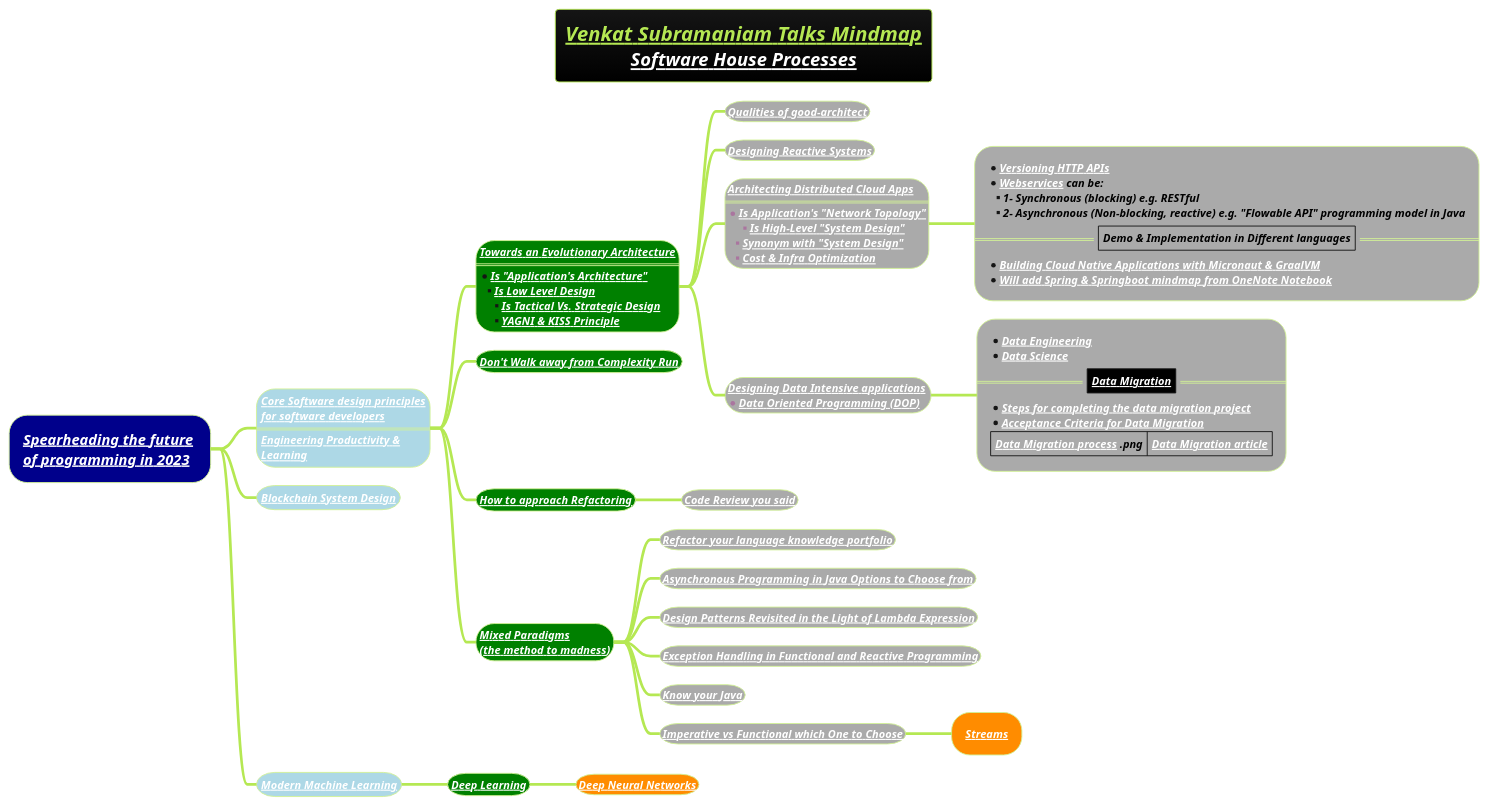
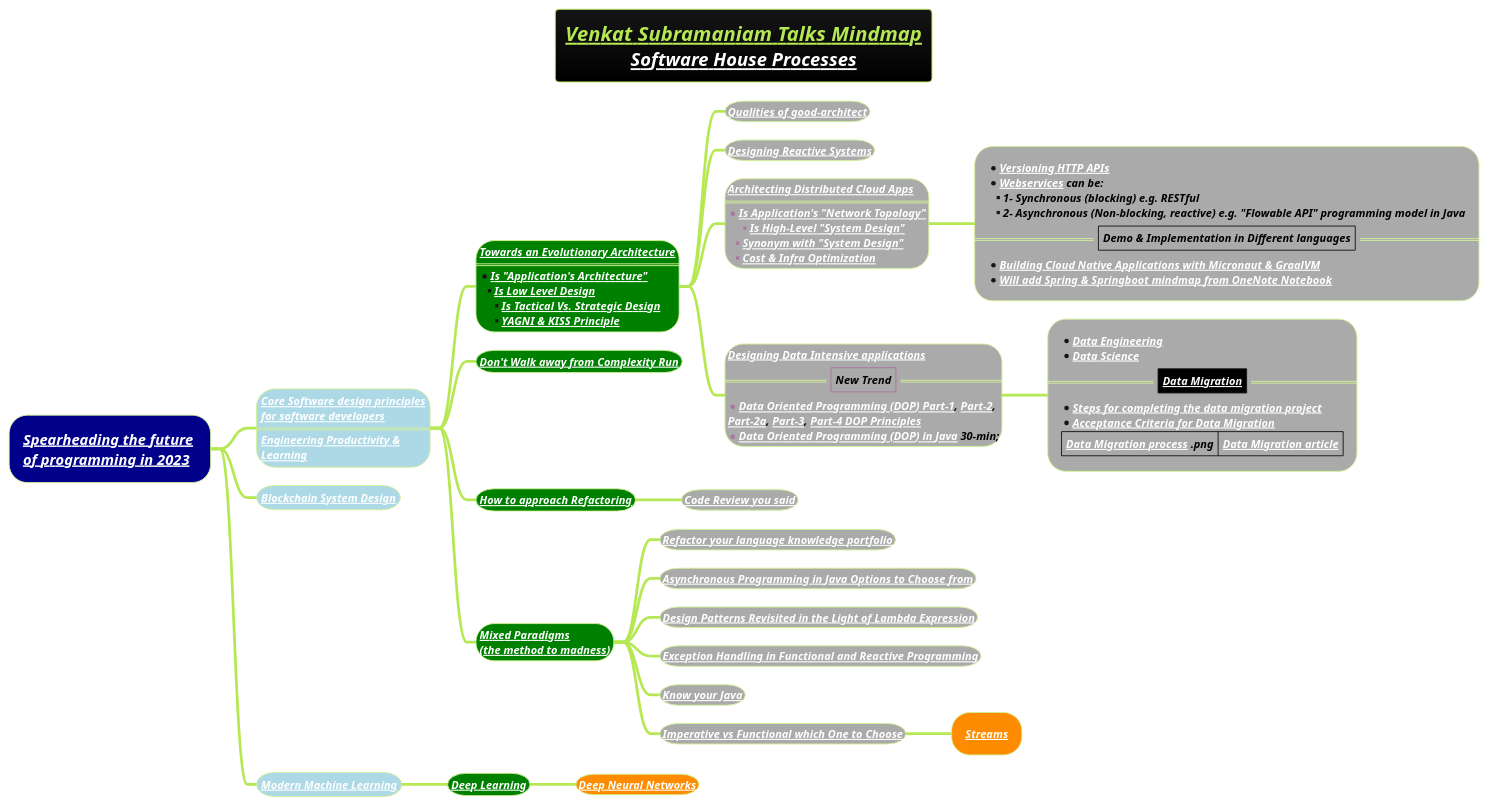
Before and after one commit to MehmoodHashmi/Documentation-as-Code-DaC: the diagram in docs/3-programming-languages/Venkat-Subramaniam/venkat-talks-mindmap.puml, drawn with PlantUML. The commit also changed 5 other files, not shown here.

```diff
--- a/docs/3-programming-languages/Venkat-Subramaniam/venkat-talks-mindmap.puml
+++ b/docs/3-programming-languages/Venkat-Subramaniam/venkat-talks-mindmap.puml
@@ -1,63 +1,67 @@
 @startmindmap
 title =<i><b><u><size:18>Venkat Subramaniam Talks Mindmap \n<i>[[docs/1-business-analyst/client-management/software-house/Software-House-Processes.puml Software House Processes]]
 !theme hacker
 
 *[#darkblue] <i><color #black>[[docs/3-programming-languages/Venkat-Subramaniam/Spearheading-the-future-of-programming-2023.puml Spearheading the future]] \n<i><color #black>[[docs/3-programming-languages/Venkat-Subramaniam/Spearheading-the-future-of-programming-2023.puml of programming in 2023]]
 **[#lightblue]:<color:white><i><size:12>[[docs/3-programming-languages/Venkat-Subramaniam/Core-Software-design-principles-for-software-developers.puml Core Software design principles]]
 <color:white><i><size:12>[[docs/3-programming-languages/Venkat-Subramaniam/Core-Software-design-principles-for-software-developers.puml for software developers]]
 ====
 <b><i><color #black><size:12>[[docs/3-programming-languages/Venkat-Subramaniam/Engineering-Productivity-and-Learning.puml Engineering Productivity &]]
 <b><i><color #black><size:12>[[docs/3-programming-languages/Venkat-Subramaniam/Engineering-Productivity-and-Learning.puml Learning]];
 
 ***[#green]:<b><i><color #black><size:12>[[docs/3-programming-languages/Venkat-Subramaniam/Towards-an-Evolutionary-Architecture.puml Towards an Evolutionary Architecture]]
 ====
 *<b><i><color #black><size:12>[[docs/3-programming-languages/Venkat-Subramaniam/images/img_149.png Is "Application's Architecture"]]
 **<b><i><color #black><size:12>[[docs/3-programming-languages/Venkat-Subramaniam/Towards-an-Evolutionary-Architecture.puml Is Low Level Design]]
 ***<b><i><color #black><size:12>[[docs/3-programming-languages/Venkat-Subramaniam/Core-Software-design-principles-for-software-developers.puml Is Tactical Vs. Strategic Design]]
 ***<b><i><color #black><size:12>[[docs/3-programming-languages/Venkat-Subramaniam/Towards-an-Evolutionary-Architecture.puml YAGNI & KISS Principle]];
 
 ****[#a] <b><i><color #black><size:12>[[docs/3-programming-languages/Venkat-Subramaniam/Qualities-of-good-architect.puml Qualities of good-architect]]
 ****[#a] <b><i><color #black><size:12>[[docs/3-programming-languages/Venkat-Subramaniam/Designing-Reactive-Systems.puml Designing Reactive Systems]]
 
 ****[#a]:<b><i><color #black><size:12>[[docs/3-programming-languages/Venkat-Subramaniam/Architecting-Distributed-Cloud-Apps.puml Architecting Distributed Cloud Apps]]
 ====
 *<b><i><color #black><size:12>[[docs/3-programming-languages/Venkat-Subramaniam/images/img_149.png Is Application's "Network Topology"]]
 ***<b><i><color #black><size:12>[[docs/3-programming-languages/Venkat-Subramaniam/Architecting-Distributed-Cloud-Apps.puml Is High-Level "System Design"]]
 **<b><i><color #black><size:12>[[docs/3-programming-languages/Venkat-Subramaniam/Architecting-Distributed-Cloud-Apps.puml Synonym with "System Design"]]
 **<b><i><color #black><size:12>[[docs/3-programming-languages/Venkat-Subramaniam/Architecting-Distributed-Cloud-Apps.puml Cost & Infra Optimization]];
 
 *****[#a]:*<b><i><color #black><size:12>[[docs/3-programming-languages/Venkat-Subramaniam/Architecting-Distributed-Cloud-Apps.puml Versioning HTTP APIs]]
 *<b><i><color #black><size:12>[[docs/3-programming-languages/Venkat-Subramaniam/webservice.puml Webservices]] can be:
 **<b><i><color #black><size:12>1- Synchronous (blocking) e.g. RESTful
 **<b><i><color #black><size:12>2- Asynchronous (Non-blocking, reactive) e.g. "Flowable API" programming model in Java
 ==|<b><i><color #black><size:12>Demo & Implementation in Different languages|==
 *<b><i><color #black><size:12>[[docs/3-programming-languages/Venkat-Subramaniam/Building-Cloud-Native-Applications-with-Micronaut-and-GraalVM.puml Building Cloud Native Applications with Micronaut & GraalVM]]
 *<b><i><color #black><size:12>[[docs/3-programming-languages/Venkat-Subramaniam/Building-Cloud-Native-Applications-with-Micronaut-and-GraalVM.puml Will add Spring & Springboot mindmap from OneNote Notebook]];
 
-****[#a] <b><i><color #black><size:12>[[docs/books/1-books-backlog/DBMS/Designing-Data-Intensive-Applications.puml Designing Data Intensive applications]] \n*<b><i><color #black><size:12>[[docs/books/1-books-backlog/DBMS/Designing-Data-Intensive-Applications.puml Data Oriented Programming (DOP)]]
+****[#a]:<b><i><color #black><size:12>[[docs/books/1-books-backlog/DBMS/Designing-Data-Intensive-Applications.puml Designing Data Intensive applications]]
+==|<b><i><color #black><size:12>New Trend|==
+*<b><i><color #black><size:12>[[docs/3-programming-languages/Venkat-Subramaniam/images/img_605.png Data Oriented Programming (DOP) Part-1]], [[docs/3-programming-languages/Venkat-Subramaniam/images/img_609.png Part-2]],
+<b><i><color #black><size:12>[[docs/3-programming-languages/Venkat-Subramaniam/images/img_590.png Part-2a]], [[docs/3-programming-languages/Venkat-Subramaniam/images/img_608.png Part-3]], [[docs/3-programming-languages/Venkat-Subramaniam/images/img_611.png Part-4 DOP Principles]]
+*<b><i><color #black><size:12>[[https://www.youtube.com/watch?v=UQAw3pvZPCY&list=LL&index=13 Data Oriented Programming (DOP) in Java]] 30-min;;
 *****[#a]:*<b><i><color #black><size:12>[[docs/AI-ML-DL-Data-Science-and-BigData/data-science/data-engineering/Data-Engineering.puml Data Engineering]]
 *<b><i><color #black><size:12>[[docs/AI-ML-DL-Data-Science-and-BigData/data-science/Data-Science.puml Data Science]]
 ==|<#black><b><i><color #black><size:12>[[docs/AI-ML-DL-Data-Science-and-BigData/data-science/data-or-database-migration/Data-Migration.puml Data Migration]]|==
 *<b><i><color #black><size:12>[[docs/AI-ML-DL-Data-Science-and-BigData/data-science/data-or-database-migration/steps-for-completing-the-data-migration-project.puml Steps for completing the data migration project]]
 *<b><i><color #black><size:12>[[docs/AI-ML-DL-Data-Science-and-BigData/data-science/data-or-database-migration/Acceptance-Criteria-for-Data-Migration.puml Acceptance Criteria for Data Migration]]
 |<b><i><color #black><size:12>[[docs/AI-ML-DL-Data-Science-and-BigData/data-science/data-or-database-migration/images/img_1.png Data Migration process]] .png|<b><i><color #black><size:12>[[https://corporatefinanceinstitute.com/resources/data-science/data-migration/ Data Migration article]]|;
 
 ***[#green] <b><i><color #black><size:12>[[docs/3-programming-languages/Venkat-Subramaniam/Do-not-Walk-Away-From-Complexity-Run.puml Don't Walk away from Complexity Run]]
 ***[#green] <b><i><color #black><size:12>[[docs/3-programming-languages/Venkat-Subramaniam/how-to-approach-refactoring.puml How to approach Refactoring]]
 ****[#a] <b><i><color #black><size:12>[[docs/3-programming-languages/Venkat-Subramaniam/Code-Review-you-said.puml Code Review you said]]
 ***[#green] <b><i><color #black><size:12>[[docs/3-programming-languages/Venkat-Subramaniam/mixed-paradigms-(the-method-to-madness).puml Mixed Paradigms]] \n<b><i><color #black><size:12>[[docs/3-programming-languages/Venkat-Subramaniam/mixed-paradigms-(the-method-to-madness).puml (the method to madness)]]
 ****[#a] <b><i><color #black><size:12>[[docs/3-programming-languages/Venkat-Subramaniam/Refactor-your-language-knowledge-portfolio-(we-are-what-we-can-code-in).puml Refactor your language knowledge portfolio]]
 ****[#a] <b><i><color #black><size:12>[[docs/3-programming-languages/Venkat-Subramaniam/Asynchronous-Programming-in-Java-Options-to-Choose-from.puml Asynchronous Programming in Java Options to Choose from]]
 ****[#a] <b><i><color #black><size:12>[[docs/3-programming-languages/Venkat-Subramaniam/Design-Patterns-revisited-in-the-Light-of-Lambda-Expression.puml Design Patterns Revisited in the Light of Lambda Expression]]
 ****[#a] <b><i><color #black><size:12>[[docs/3-programming-languages/Venkat-Subramaniam/Exception-Handling-in-Functional-and-Reactive-Programming.puml Exception Handling in Functional and Reactive Programming]]
 ****[#a] <b><i><color #black><size:12>[[docs/3-programming-languages/Venkat-Subramaniam/Know-your-java-venkat.puml Know your Java]]
 ****[#a] <b><i><color #black><size:12>[[docs/3-programming-languages/Venkat-Subramaniam/Imperative-vs-Functional-Which-one-to-Choose.puml Imperative vs Functional which One to Choose]]
 *****[#darkorange] <b><i><color #black><size:12>[[docs/3-programming-languages/Venkat-Subramaniam/Streams.puml Streams]]
 
 **[#lightblue] <color:white><i><size:12>[[docs/blockchain/Blockchain-System-Design.puml Blockchain System Design]]
 
 **[#lightblue] <b><i><color #black><size:12>[[docs/AI-ML-DL-Data-Science-and-BigData/machine-learning-ML/Modern-Machine-Learning.puml Modern Machine Learning]]
 ***[#green] <b><i><color #black><size:12>[[docs/AI-ML-DL-Data-Science-and-BigData/machine-learning-ML/3-deep-learning-DL/Deep-Learning.puml Deep Learning]]
 ****[#darkorange] <b><i><color #black><size:12>[[docs/AI-ML-DL-Data-Science-and-BigData/machine-learning-ML/3-deep-learning-DL/Neural-Network-Architecture.puml Deep Neural Networks]]
 
 @endmindmap
```
